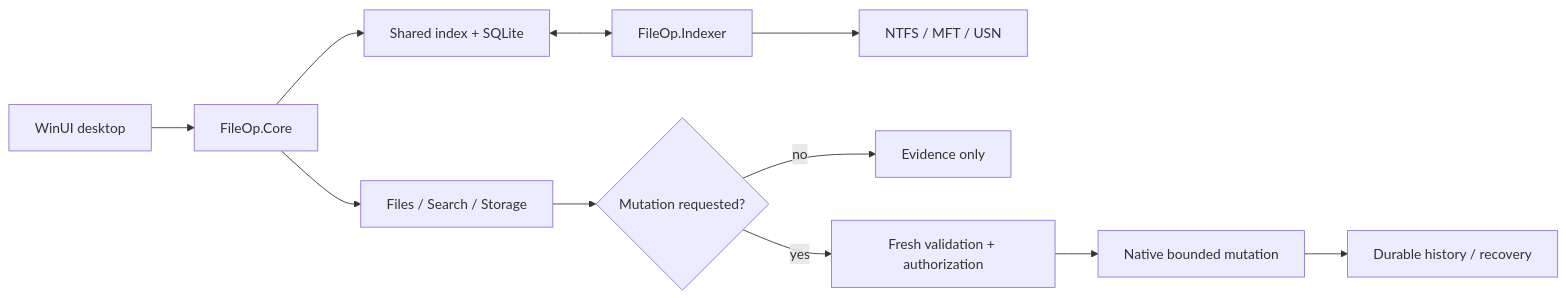
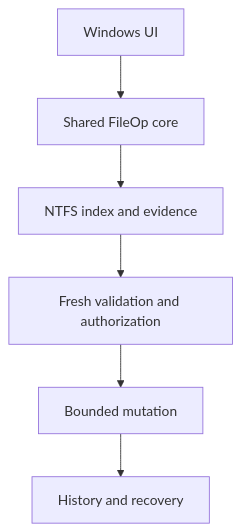
One commit to OssaBellator/fileop changed the diagram in README.md. Above: the diagram before and after it, drawn with Mermaid.

Commit message:
Simplify README architecture diagram for readability

````diff
--- a/README.md
+++ b/README.md
@@ -17,13 +17,11 @@
 ```mermaid
-flowchart LR
-    A[WinUI desktop] --> B[FileOp.Core]
-    B --> C[Shared index + SQLite]
-    B --> D[Files / Search / Storage]
-    C <--> E[FileOp.Indexer]
-    E --> F[NTFS / MFT / USN]
-    D --> G{Mutation requested?}
-    G -- no --> H[Evidence only]
-    G -- yes --> I[Fresh validation + authorization]
-    I --> J[Native bounded mutation]
-    J --> K[Durable history / recovery]
+flowchart TD
+    A[Windows UI]
+    B[Shared FileOp core]
+    C[NTFS index and evidence]
+    D[Fresh validation and authorization]
+    E[Bounded mutation]
+    F[History and recovery]
+
+    A --> B --> C --> D --> E --> F
 ```
````
